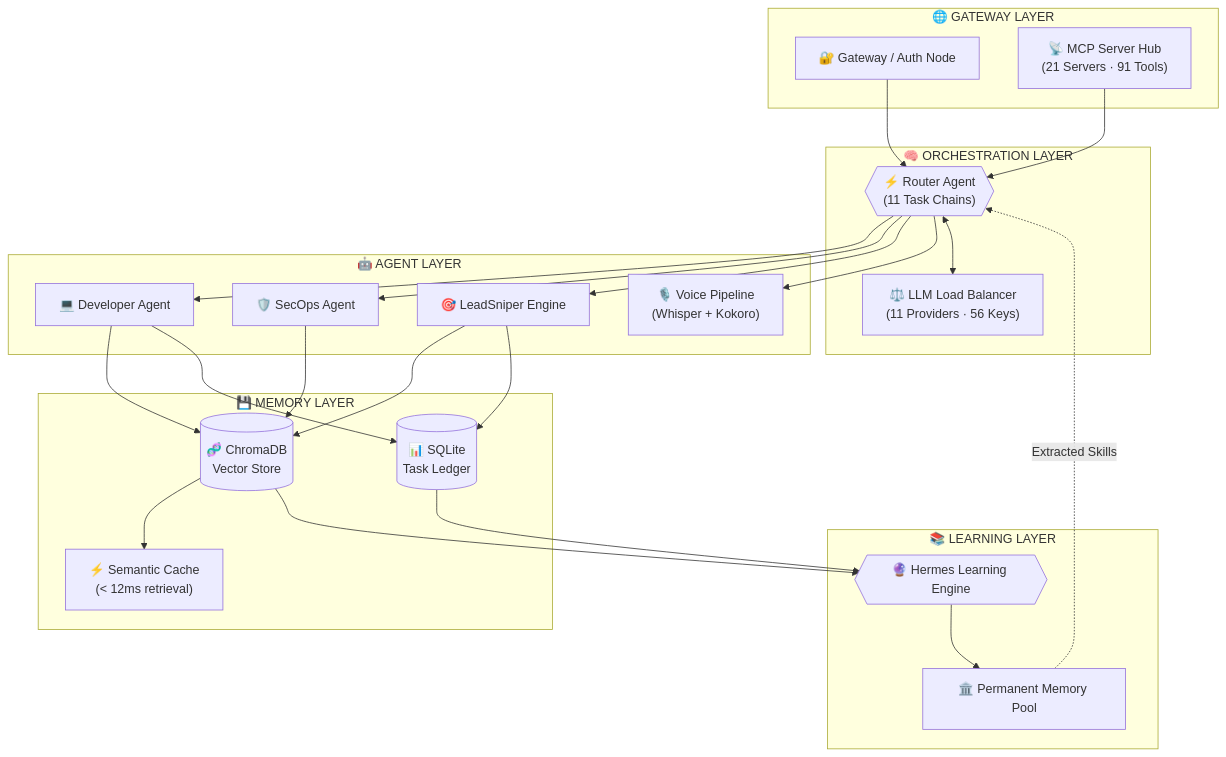
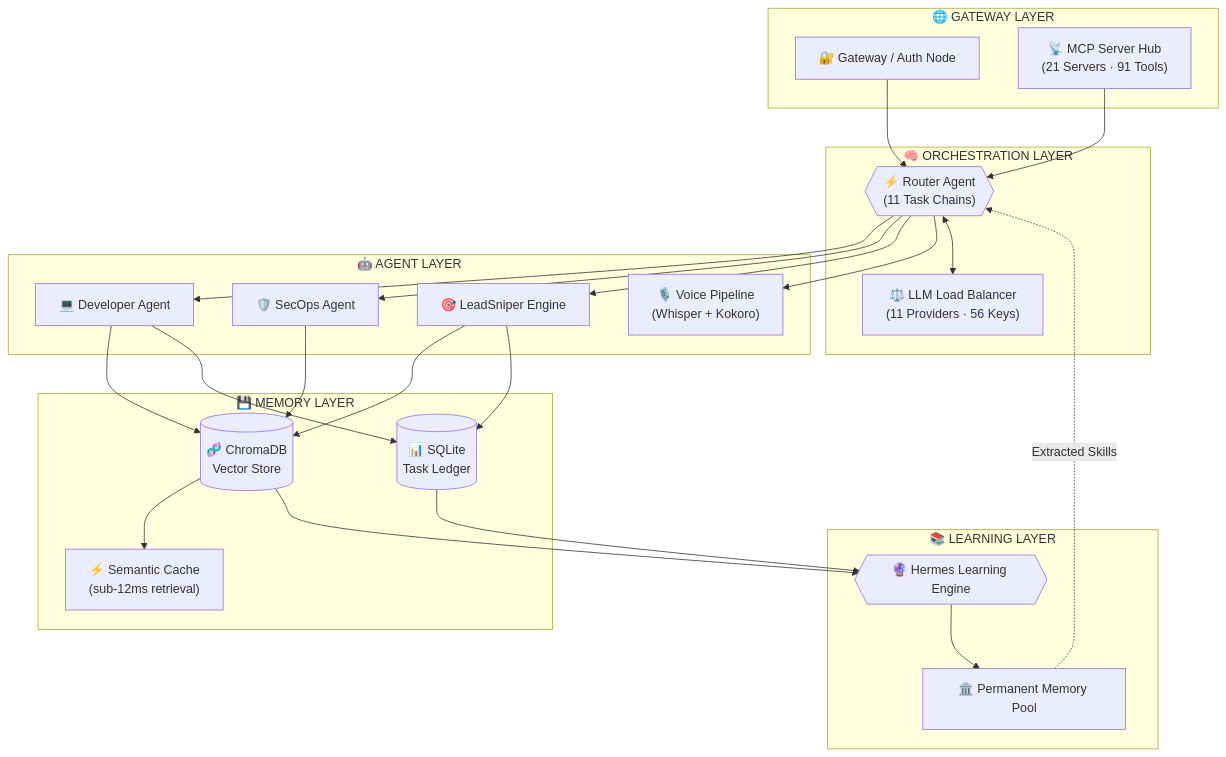
Before and after one commit to m4stanuj/m4stanuj: the first of 2 diagrams in ARCHITECTURE.md, drawn with Mermaid. The commit also changed other lines of this file and 1 other file, not shown here.

````diff
--- a/ARCHITECTURE.md
+++ b/ARCHITECTURE.md
@@ -11,50 +11,50 @@
 ```mermaid
 graph TB
     subgraph "🌐 GATEWAY LAYER"
         GW["🔐 Gateway / Auth Node"]
         MCP["📡 MCP Server Hub<br/>(21 Servers · 91 Tools)"]
     end
 
     subgraph "🧠 ORCHESTRATION LAYER"
         R{{"⚡ Router Agent<br/>(11 Task Chains)"}}
         LB["⚖️ LLM Load Balancer<br/>(11 Providers · 56 Keys)"]
     end
 
     subgraph "🤖 AGENT LAYER"
         DEV["💻 Developer Agent"]
         SEC["🛡️ SecOps Agent"]
         LEAD["🎯 LeadSniper Engine"]
         VOICE["🎙️ Voice Pipeline<br/>(Whisper + Kokoro)"]
     end
 
     subgraph "💾 MEMORY LAYER"
         CHROMA[("🧬 ChromaDB<br/>Vector Store")]
         SQL[("📊 SQLite<br/>Task Ledger")]
-        CACHE["⚡ Semantic Cache<br/>(< 12ms retrieval)"]
+        CACHE["⚡ Semantic Cache<br/>(sub-12ms retrieval)"]
     end
 
     subgraph "📚 LEARNING LAYER"
         HERMES{{"🔮 Hermes Learning Engine"}}
         PERM["🏛️ Permanent Memory Pool"]
     end
 
     GW --> R
     MCP --> R
     R --> DEV
     R --> SEC
     R --> LEAD
     R --> VOICE
     R <--> LB
 
     DEV --> CHROMA
     SEC --> CHROMA
     LEAD --> CHROMA
     DEV --> SQL
     LEAD --> SQL
 
     CHROMA --> CACHE
     CHROMA --> HERMES
     SQL --> HERMES
     HERMES --> PERM
     PERM -.->|"Extracted Skills"| R
 ```
````
